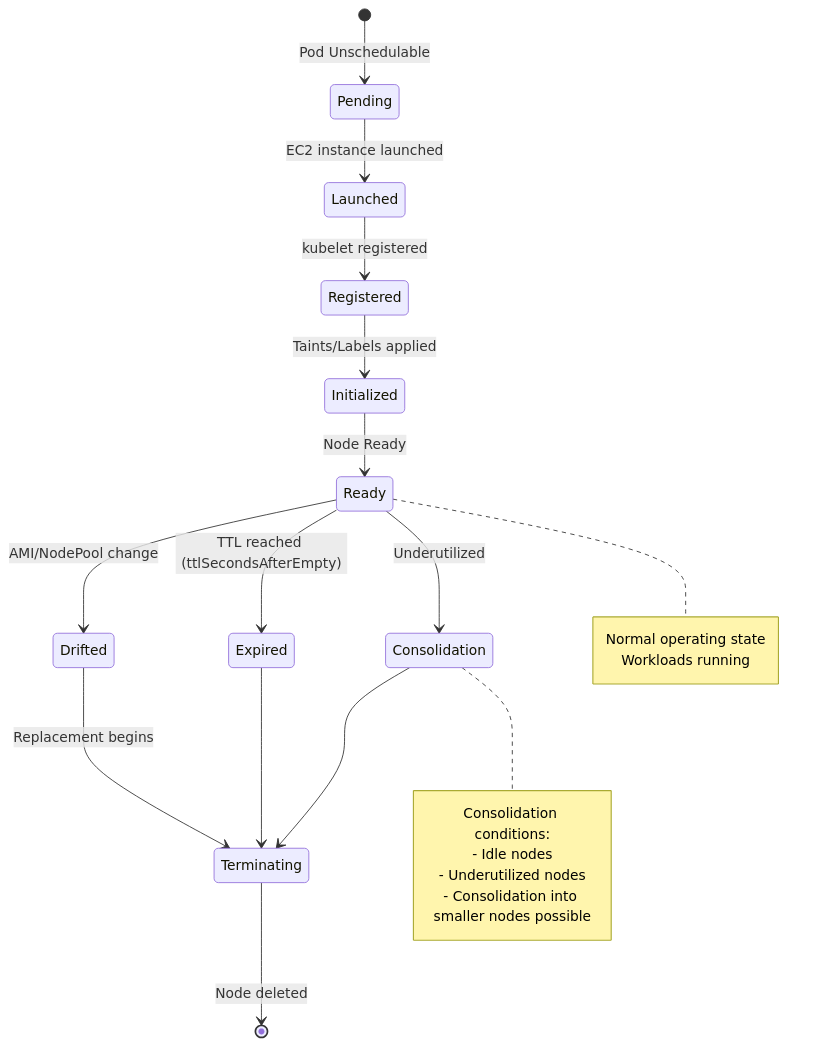
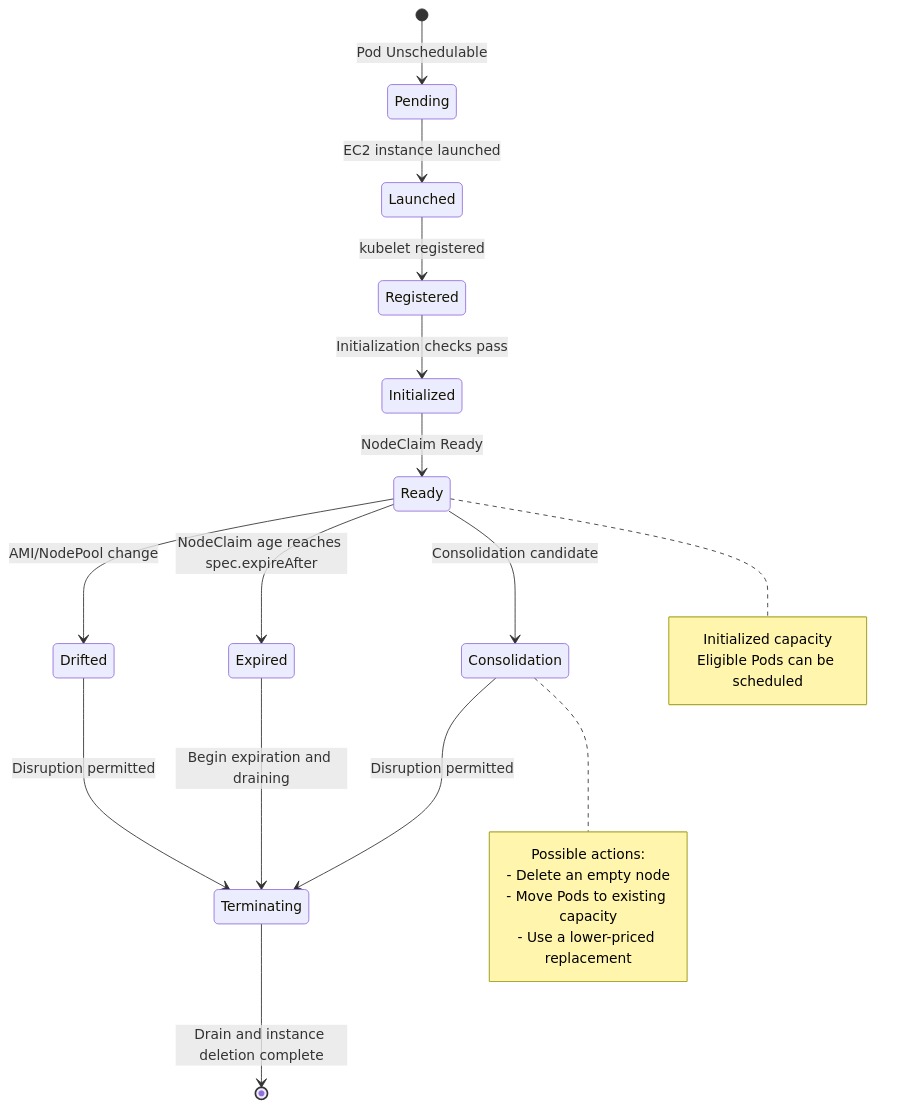
The first of 4 diagrams in i18n/en/docusaurus-plugin-content-docs/current/eks-best-practices/operations-reliability/eks-debugging/karpenter.md (devfloor9/engineering-playbook), drawn with Mermaid before and after one commit. The commit also changed other lines of this file and 2 other files, not shown here.

First line of the commit message:
Correct Karpenter disruption windows and lifecycle diagrams

````diff
--- a/i18n/en/docusaurus-plugin-content-docs/current/eks-best-practices/operations-reliability/eks-debugging/karpenter.md
+++ b/i18n/en/docusaurus-plugin-content-docs/current/eks-best-practices/operations-reliability/eks-debugging/karpenter.md
@@ -33,30 +33,30 @@
 ```mermaid
 stateDiagram-v2
     [*] --> Pending: Pod Unschedulable
     Pending --> Launched: EC2 instance launched
     Launched --> Registered: kubelet registered
-    Registered --> Initialized: Taints/Labels applied
-    Initialized --> Ready: Node Ready
+    Registered --> Initialized: Initialization checks pass
+    Initialized --> Ready: NodeClaim Ready
 
     Ready --> Drifted: AMI/NodePool change
-    Ready --> Expired: TTL reached (ttlSecondsAfterEmpty)
-    Ready --> Consolidation: Underutilized
+    Ready --> Expired: NodeClaim age reaches spec.expireAfter
+    Ready --> Consolidation: Consolidation candidate
 
-    Drifted --> Terminating: Replacement begins
-    Expired --> Terminating
-    Consolidation --> Terminating
+    Drifted --> Terminating: Disruption permitted
+    Expired --> Terminating: Begin expiration and draining
+    Consolidation --> Terminating: Disruption permitted
 
-    Terminating --> [*]: Node deleted
+    Terminating --> [*]: Drain and instance deletion complete
 
     note right of Ready
-        Normal operating state
-        Workloads running
+        Initialized capacity
+        Eligible Pods can be scheduled
     end note
 
     note right of Consolidation
-        Consolidation conditions:
-        - Idle nodes
-        - Underutilized nodes
-        - Consolidation into smaller nodes possible
+        Possible actions:
+        - Delete an empty node
+        - Move Pods to existing capacity
+        - Use a lower-priced replacement
     end note
 ```
````
